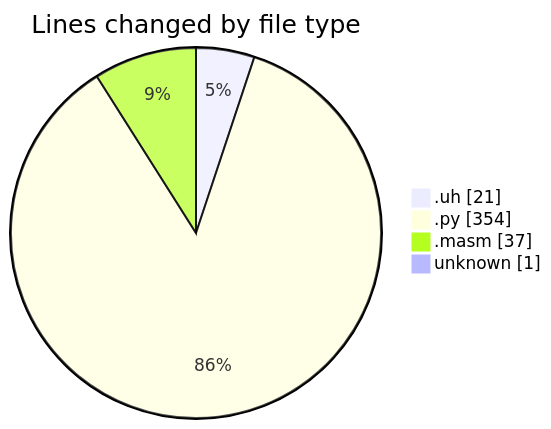
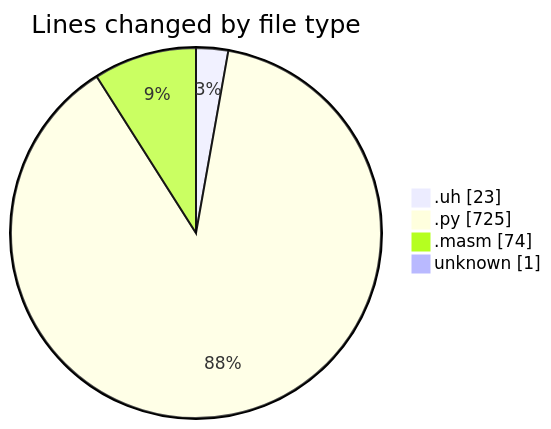
One commit to charlie-sans/code-tracking changed the first of 2 diagrams in 2025-04-29/uhigh-lang/README.md. Above: the diagram before and after it, drawn with Mermaid. The commit also changed other lines of this file and 1 other file, not shown here.

````diff
--- a/2025-04-29/uhigh-lang/README.md
+++ b/2025-04-29/uhigh-lang/README.md
@@ -24,8 +25,8 @@
 ```mermaid
 pie showData
 title Lines changed by file type
-".uh" : 21
-".py" : 354
-".masm" : 37
+".uh" : 23
+".py" : 725
+".masm" : 74
 "unknown" : 1
 ```
````
